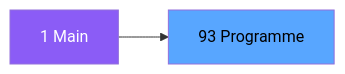
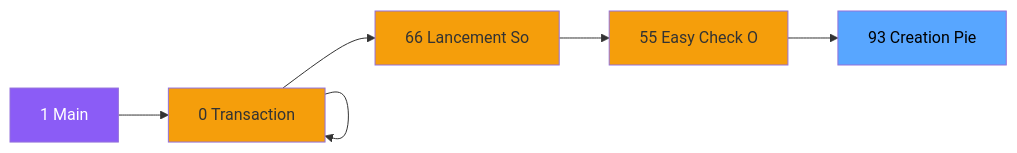
The second of 3 diagrams in .openspec/specs/ADH-IDE-93.md (thonyAGP/magic-migration), drawn with Mermaid before and after one commit. The commit also changed other lines of this file and 323 other files, not shown here.

````diff
--- a/.openspec/specs/ADH-IDE-93.md
+++ b/.openspec/specs/ADH-IDE-93.md
@@ -99,8 +121,23 @@
 ```mermaid
 graph LR
     M[1 Main]
-    T[93 Programme]
-    M --> T
+    N0[0 Transaction ]
+    N0[0 Transaction ]
+    N0[0 Transaction ]
+    N66[66 Lancement So]
+    N55[55 Easy Check O]
+    T[93 Creation Pie]
+    M --> N0
+    N0 --> N0
+    N0 --> N0
+    N0 --> N66
+    N66 --> N55
+    N55 --> T
     style M fill:#8b5cf6,color:#fff
+    style N0 fill:#f59e0b
+    style N0 fill:#f59e0b
+    style N0 fill:#f59e0b
+    style N66 fill:#f59e0b
+    style N55 fill:#f59e0b
     style T fill:#58a6ff,color:#000
 ```
````
